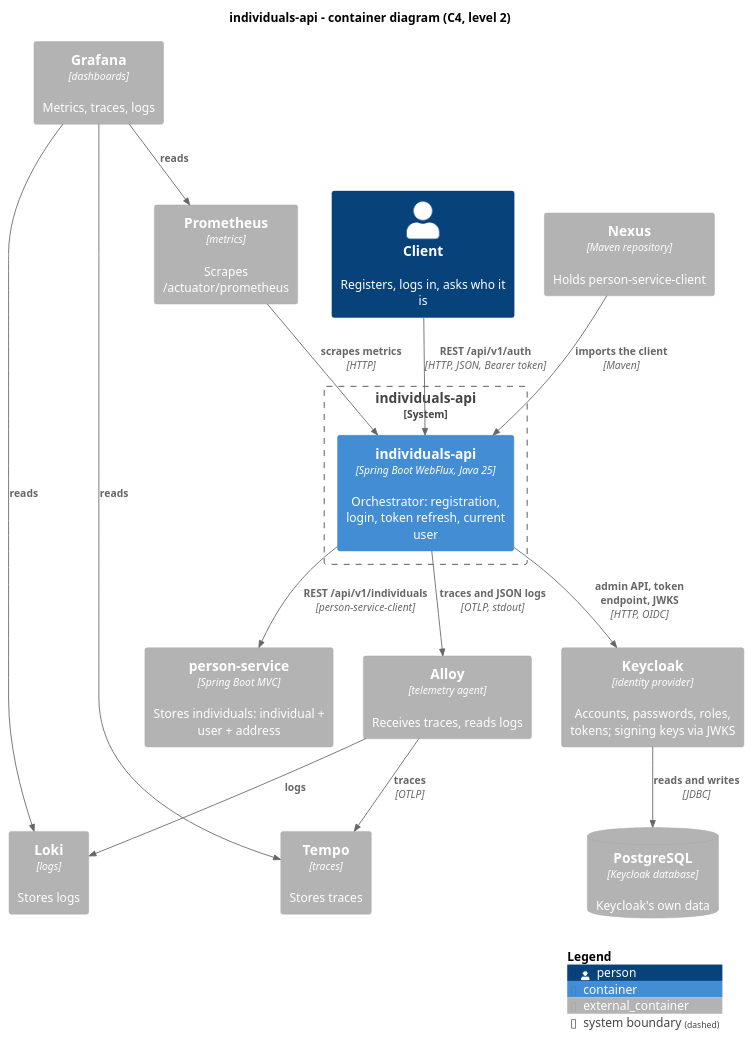
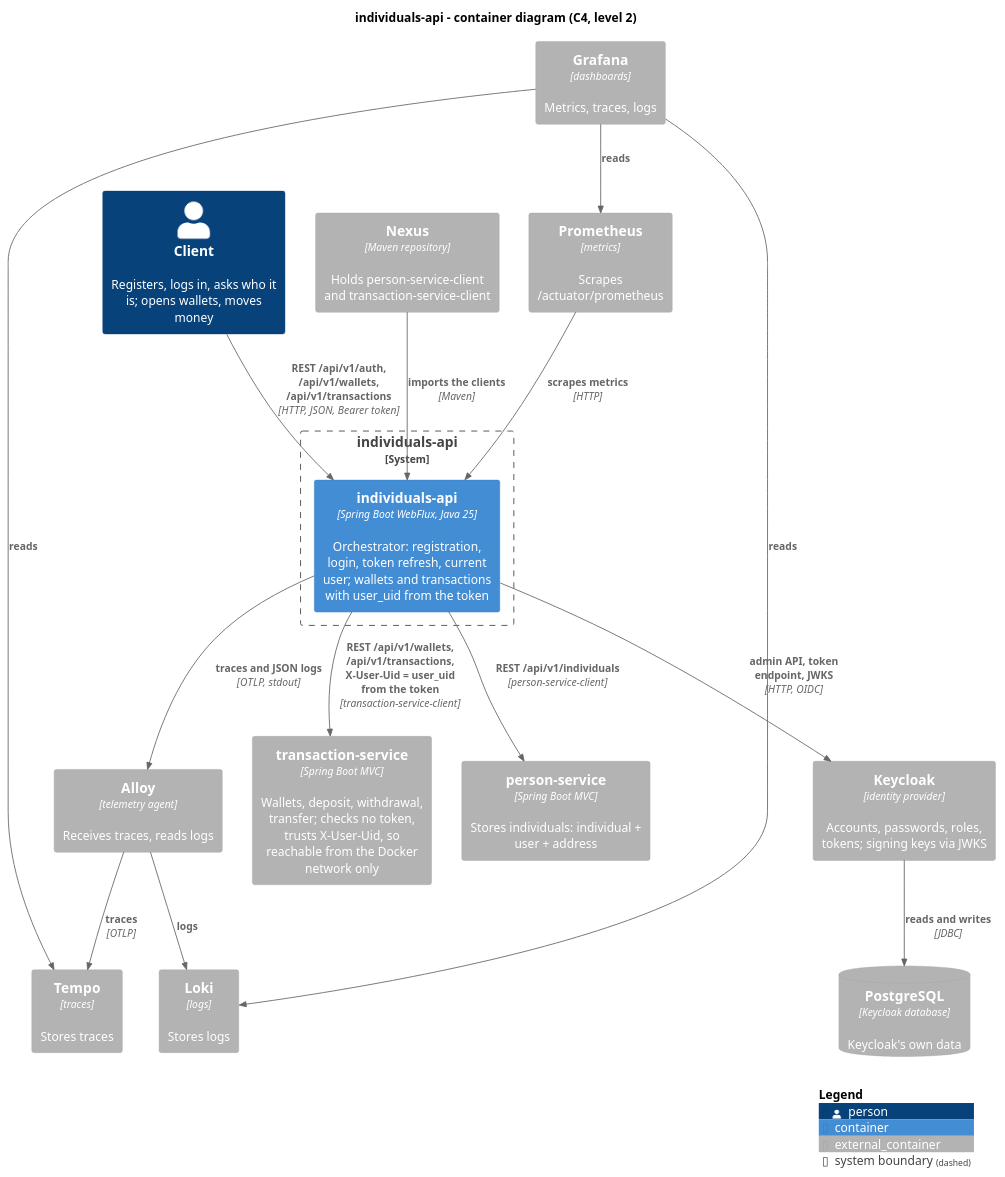
The diagram in individuals-api/diagrams-c4/uml/en/container.puml (dezxxx/payment-platform), drawn with PlantUML before and after one commit. The commit also changed 20 other files, not shown here.

Commit message:
feat: connect individuals-api to transaction-service and draw its diagrams

```diff
--- a/individuals-api/diagrams-c4/uml/en/container.puml
+++ b/individuals-api/diagrams-c4/uml/en/container.puml
@@ -1,36 +1,38 @@
 @startuml container
 !include <C4/C4_Container>
 
 title individuals-api - container diagram (C4, level 2)
 
-Person(client, "Client", "Registers, logs in, asks who it is")
+Person(client, "Client", "Registers, logs in, asks who it is; opens wallets, moves money")
 
 System_Boundary(ia, "individuals-api") {
-    Container(app, "individuals-api", "Spring Boot WebFlux, Java 25", "Orchestrator: registration, login, token refresh, current user")
+    Container(app, "individuals-api", "Spring Boot WebFlux, Java 25", "Orchestrator: registration, login, token refresh, current user; wallets and transactions with user_uid from the token")
 }
 
 Container_Ext(keycloak, "Keycloak", "identity provider", "Accounts, passwords, roles, tokens; signing keys via JWKS")
 ContainerDb_Ext(keycloakDb, "PostgreSQL", "Keycloak database", "Keycloak's own data")
 Container_Ext(personService, "person-service", "Spring Boot MVC", "Stores individuals: individual + user + address")
-Container_Ext(nexus, "Nexus", "Maven repository", "Holds person-service-client")
+Container_Ext(transactionService, "transaction-service", "Spring Boot MVC", "Wallets, deposit, withdrawal, transfer; checks no token, trusts X-User-Uid, so reachable from the Docker network only")
+Container_Ext(nexus, "Nexus", "Maven repository", "Holds person-service-client and transaction-service-client")
 Container_Ext(prometheus, "Prometheus", "metrics", "Scrapes /actuator/prometheus")
 Container_Ext(alloy, "Alloy", "telemetry agent", "Receives traces, reads logs")
 Container_Ext(tempo, "Tempo", "traces", "Stores traces")
 Container_Ext(loki, "Loki", "logs", "Stores logs")
 Container_Ext(grafana, "Grafana", "dashboards", "Metrics, traces, logs")
 
-Rel(client, app, "REST /api/v1/auth", "HTTP, JSON, Bearer token")
+Rel(client, app, "REST /api/v1/auth, /api/v1/wallets, /api/v1/transactions", "HTTP, JSON, Bearer token")
 Rel(app, keycloak, "admin API, token endpoint, JWKS", "HTTP, OIDC")
 Rel(keycloak, keycloakDb, "reads and writes", "JDBC")
 Rel(app, personService, "REST /api/v1/individuals", "person-service-client")
-Rel(nexus, app, "imports the client", "Maven")
+Rel(app, transactionService, "REST /api/v1/wallets, /api/v1/transactions, X-User-Uid = user_uid from the token", "transaction-service-client")
+Rel(nexus, app, "imports the clients", "Maven")
 Rel(prometheus, app, "scrapes metrics", "HTTP")
 Rel(app, alloy, "traces and JSON logs", "OTLP, stdout")
 Rel(alloy, tempo, "traces", "OTLP")
 Rel(alloy, loki, "logs")
 Rel(grafana, prometheus, "reads")
 Rel(grafana, tempo, "reads")
 Rel(grafana, loki, "reads")
 
 SHOW_LEGEND()
 @enduml
```
